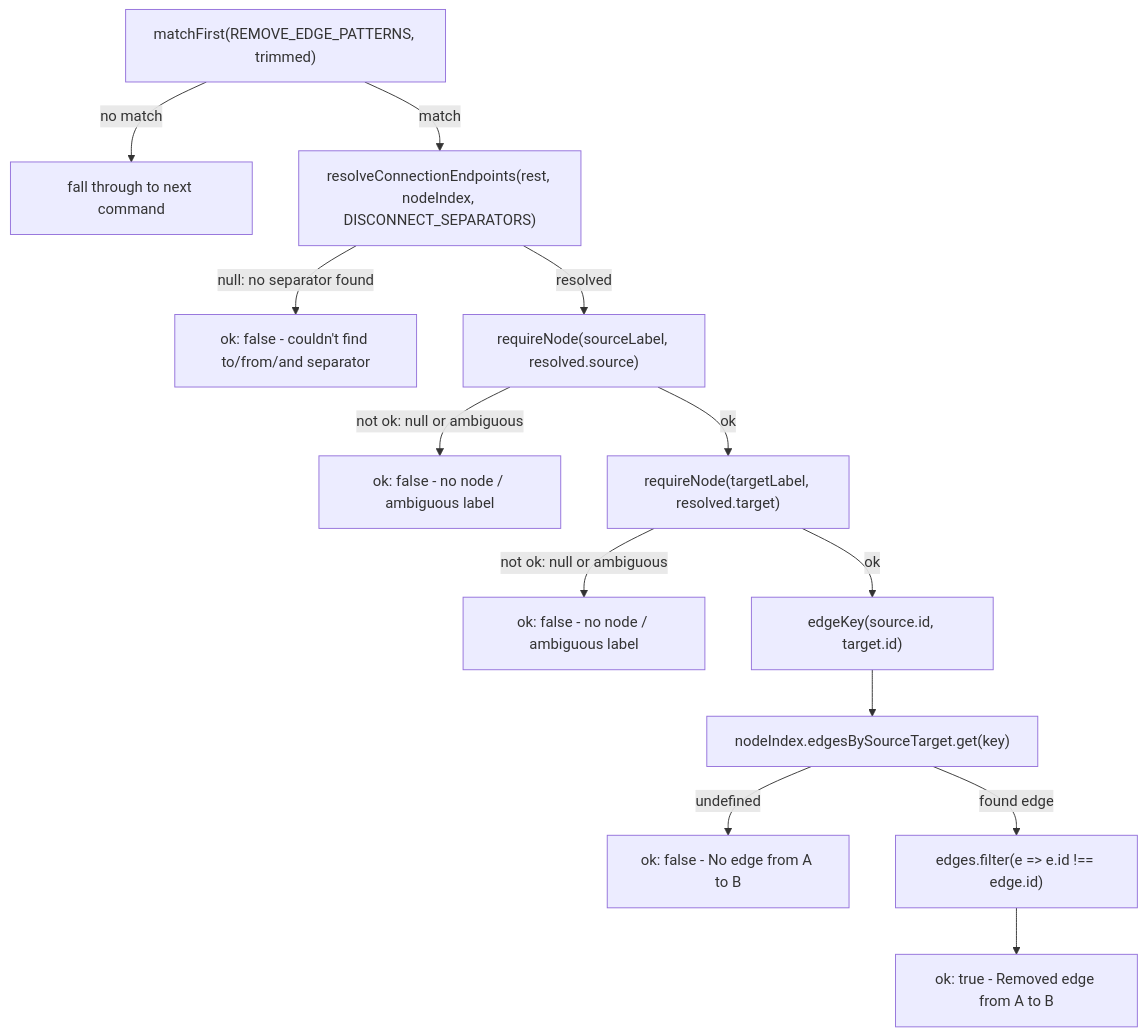
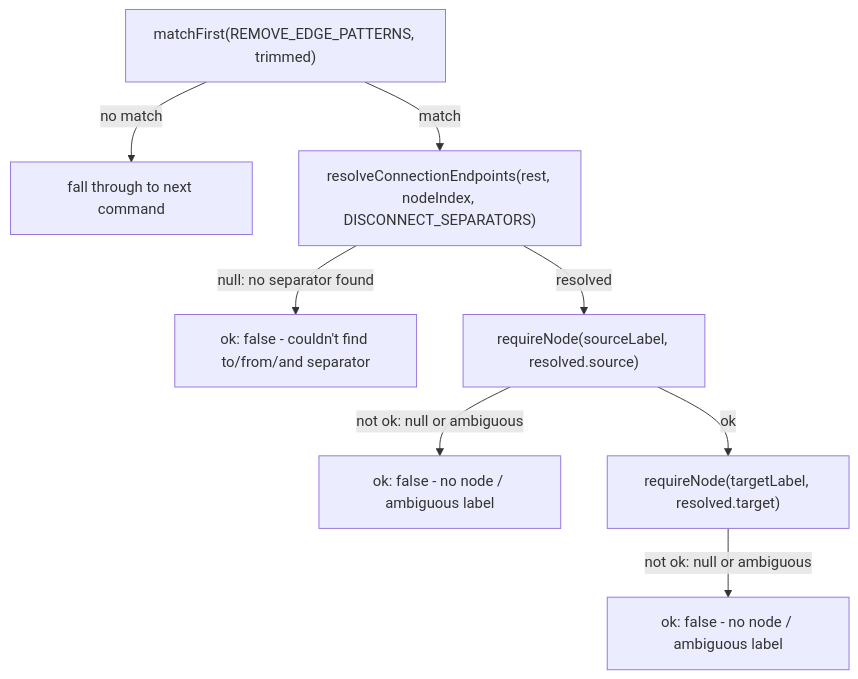
Before and after one commit to jgyy/architect-model: the first of 2 diagrams in docs/categories/remove-edge.md, drawn with Mermaid. The commit also changed other lines of this file and 31 other files, not shown here.

Commit message:
docs: split mermaids into 2 for easier viewing (#52)

````diff
--- a/docs/categories/remove-edge.md
+++ b/docs/categories/remove-edge.md
@@ -7,15 +9,10 @@
 ```mermaid
 flowchart TD
     A["matchFirst(REMOVE_EDGE_PATTERNS, trimmed)"] -->|no match| Z1["fall through to next command"]
     A -->|match| B["resolveConnectionEndpoints(rest, nodeIndex, DISCONNECT_SEPARATORS)"]
     B -->|null: no separator found| E1["ok: false - couldn't find to/from/and separator"]
     B -->|resolved| C["requireNode(sourceLabel, resolved.source)"]
     C -->|not ok: null or ambiguous| E2["ok: false - no node / ambiguous label"]
     C -->|ok| D["requireNode(targetLabel, resolved.target)"]
     D -->|not ok: null or ambiguous| E3["ok: false - no node / ambiguous label"]
-    D -->|ok| F["edgeKey(source.id, target.id)"]
-    F --> G["nodeIndex.edgesBySourceTarget.get(key)"]
-    G -->|undefined| E4["ok: false - No edge from A to B"]
-    G -->|found edge| H["edges.filter(e => e.id !== edge.id)"]
-    H --> I["ok: true - Removed edge from A to B"]
 ```
````
